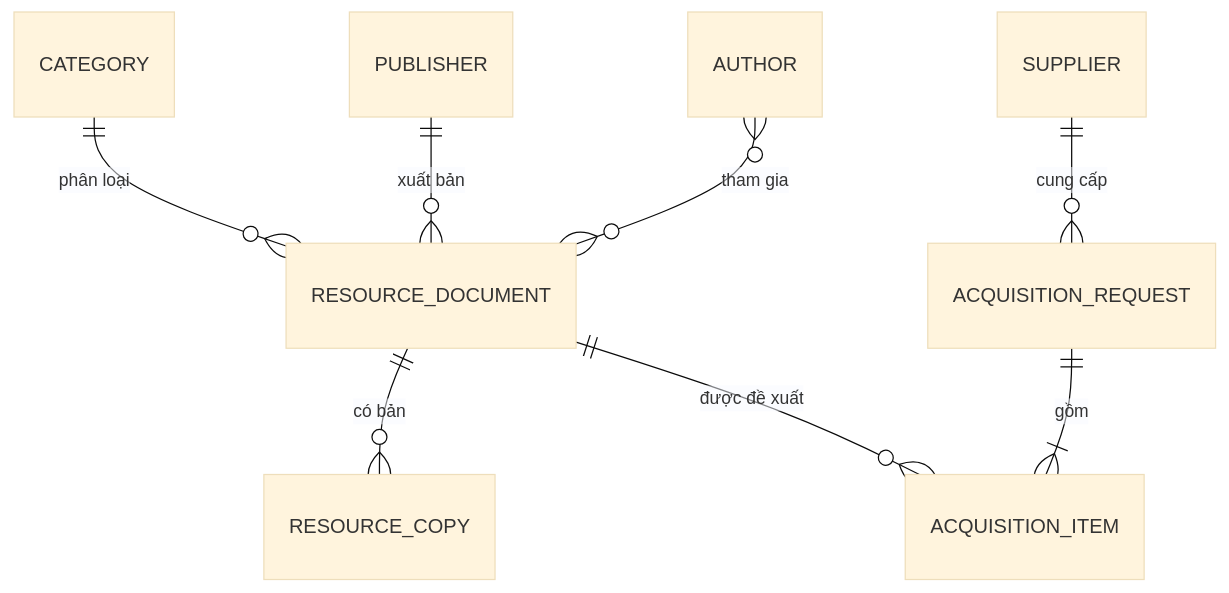
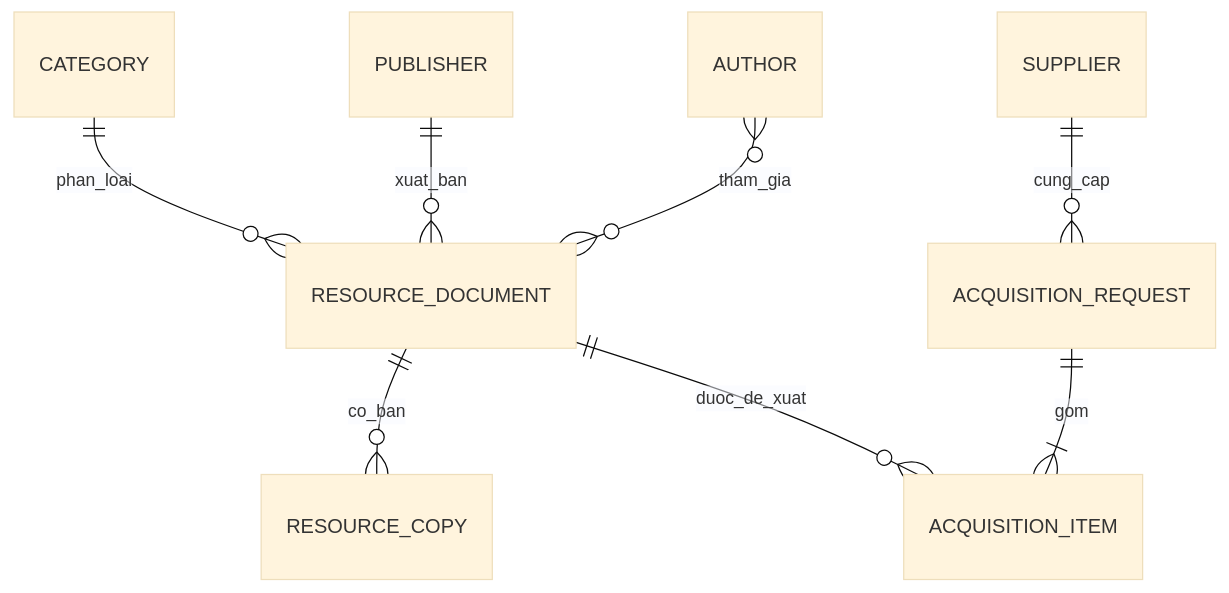
The diagram in README.md (ChrisPengu/Xay-dung-ung-dung-web-quan-ly-phat-trien-va-bien-muc-nguon-tai-lieu), drawn with Mermaid (base theme) before and after one commit. The commit also changed other lines of this file and 34 other files, not shown here.

````diff
--- a/README.md
+++ b/README.md
@@ -31,10 +371,10 @@
 ```mermaid
 erDiagram
-    CATEGORY ||--o{ RESOURCE_DOCUMENT : "phân loại"
-    PUBLISHER ||--o{ RESOURCE_DOCUMENT : "xuất bản"
-    AUTHOR }o--o{ RESOURCE_DOCUMENT : "tham gia"
-    RESOURCE_DOCUMENT ||--o{ RESOURCE_COPY : "có bản"
-    SUPPLIER ||--o{ ACQUISITION_REQUEST : "cung cấp"
-    ACQUISITION_REQUEST ||--|{ ACQUISITION_ITEM : "gồm"
-    RESOURCE_DOCUMENT ||--o{ ACQUISITION_ITEM : "được đề xuất"
+    CATEGORY ||--o{ RESOURCE_DOCUMENT : "phan_loai"
+    PUBLISHER ||--o{ RESOURCE_DOCUMENT : "xuat_ban"
+    AUTHOR }o--o{ RESOURCE_DOCUMENT : "tham_gia"
+    RESOURCE_DOCUMENT ||--o{ RESOURCE_COPY : "co_ban"
+    SUPPLIER ||--o{ ACQUISITION_REQUEST : "cung_cap"
+    ACQUISITION_REQUEST ||--|{ ACQUISITION_ITEM : "gom"
+    RESOURCE_DOCUMENT ||--o{ ACQUISITION_ITEM : "duoc_de_xuat"
 ```
````
